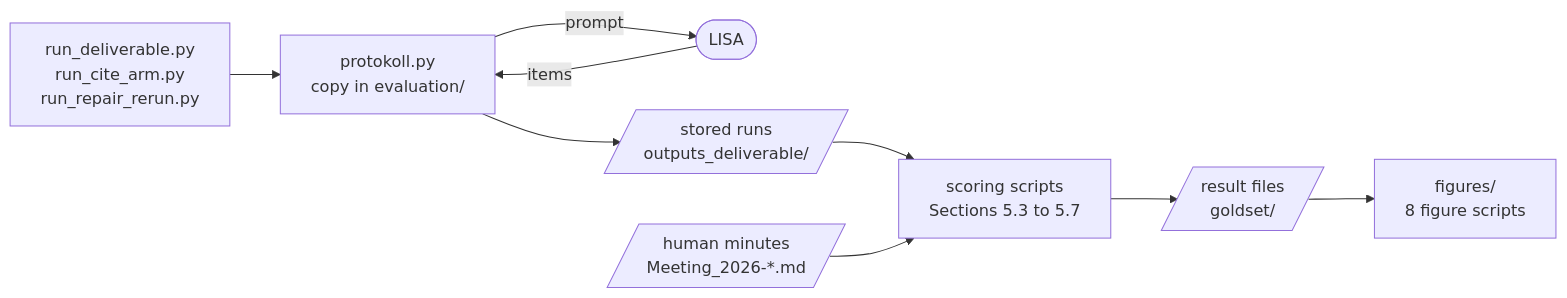
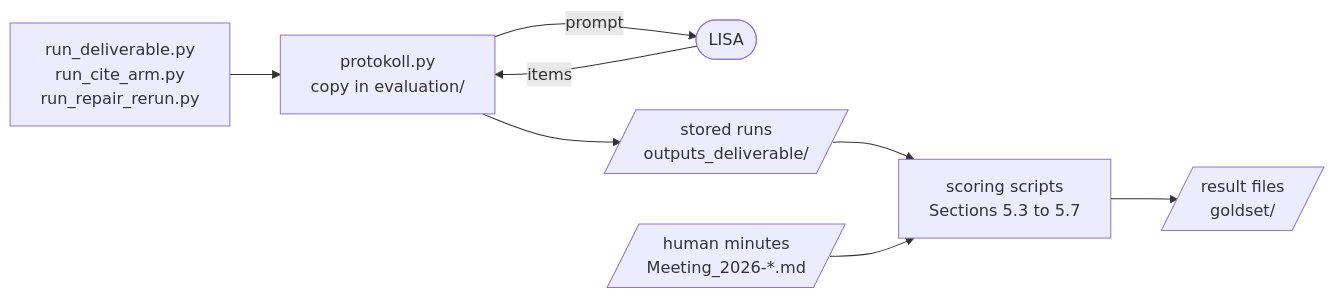
Before and after one commit to AnjanaSuresh01/meeting-protocol-generation: the fourth of 4 diagrams in CODEBASE_MAP.md, drawn with Mermaid. The commit also changed other lines of this file and 20 other files, not shown here.

Commit message:
Remove the figure scripts and CHANGES.md, and shorten the READMEs

````diff
--- a/CODEBASE_MAP.md
+++ b/CODEBASE_MAP.md
@@ -166,19 +166,17 @@
 ```mermaid
 flowchart LR
   drv["run_deliverable.py<br/>run_cite_arm.py<br/>run_repair_rerun.py"]
   pk["protokoll.py<br/>copy in evaluation/"]
   lisa(["LISA"])
   runs[/"stored runs<br/>outputs_deliverable/"/]
   mins[/"human minutes<br/>Meeting_2026-*.md"/]
   sc["scoring scripts<br/>Sections 5.3 to 5.7"]
   res[/"result files<br/>goldset/"/]
-  fig["figures/<br/>8 figure scripts"]
   drv --> pk
   pk -->|prompt| lisa
   lisa -->|items| pk
   pk --> runs
   runs --> sc
   mins --> sc
   sc --> res
-  res --> fig
 ```
````
